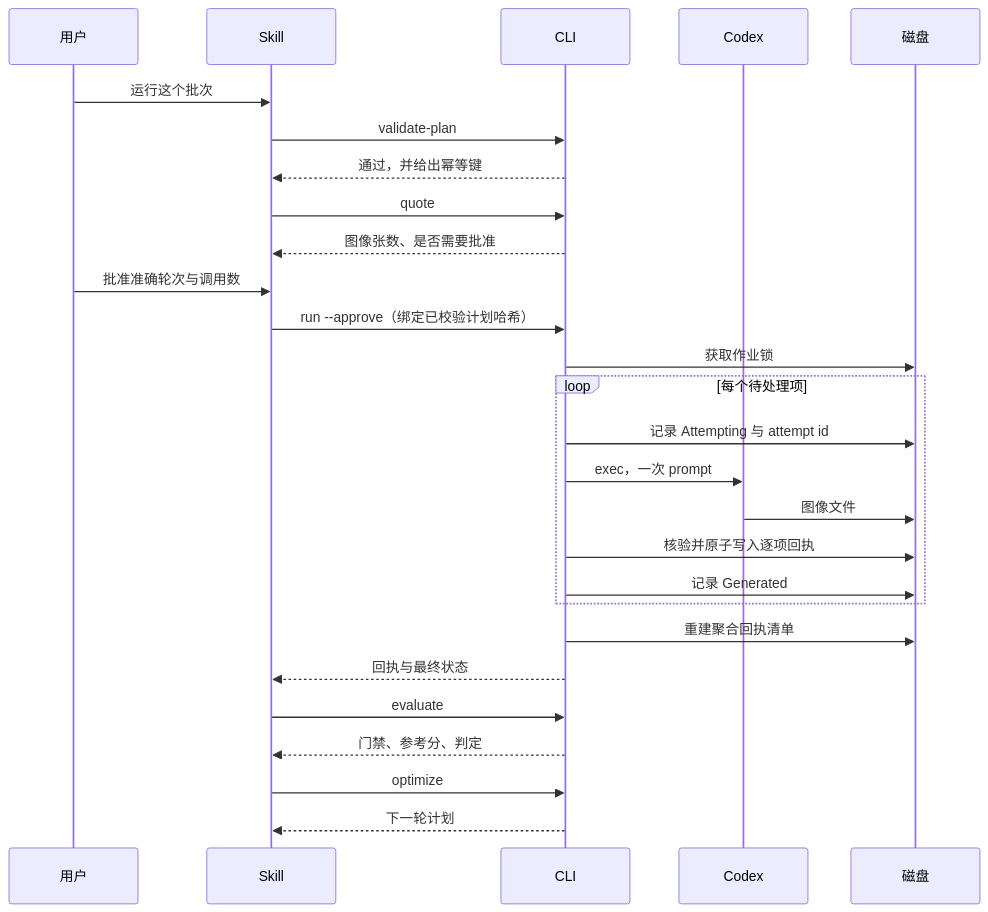
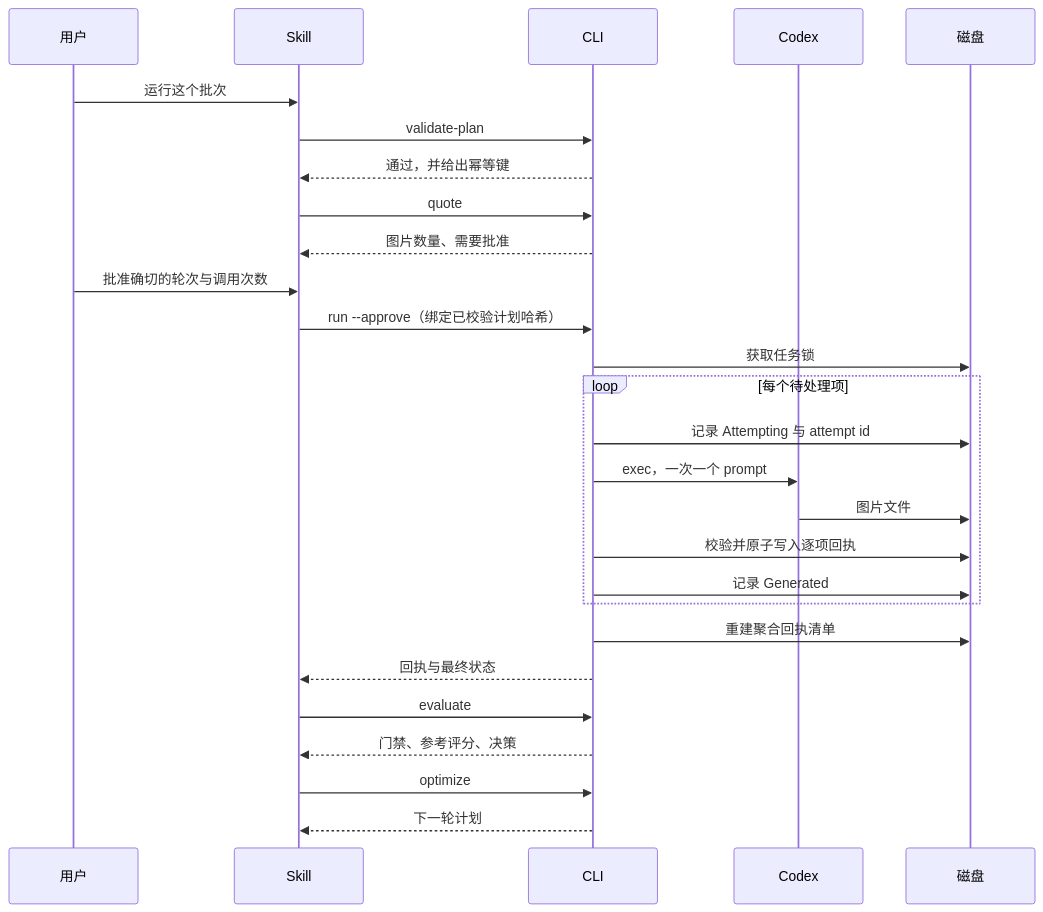
The second of 2 diagrams in docs/Codex-Image-Factory-Plugin-Architecture.zh_CN.md (full-aigc-plugins/image-factory-plugin), drawn with Mermaid before and after one commit. The commit also changed other lines of this file and 3 other files, not shown here.

First line of the commit message:
docs: restructure the architecture and solution pairs

````diff
--- a/docs/Codex-Image-Factory-Plugin-Architecture.zh_CN.md
+++ b/docs/Codex-Image-Factory-Plugin-Architecture.zh_CN.md
@@ -59,30 +104,30 @@
 ```mermaid
 sequenceDiagram
   participant U as 用户
   participant K as Skill
   participant C as CLI
   participant X as Codex
   participant D as 磁盘
 
   U->>K: 运行这个批次
   K->>C: validate-plan
   C-->>K: 通过，并给出幂等键
   K->>C: quote
-  C-->>K: 图像张数、是否需要批准
-  U->>K: 批准准确轮次与调用数
+  C-->>K: 图片数量、需要批准
+  U->>K: 批准确切的轮次与调用次数
   K->>C: run --approve（绑定已校验计划哈希）
-  C->>D: 获取作业锁
+  C->>D: 获取任务锁
   loop 每个待处理项
     C->>D: 记录 Attempting 与 attempt id
-    C->>X: exec，一次 prompt
-    X->>D: 图像文件
-    C->>D: 核验并原子写入逐项回执
+    C->>X: exec，一次一个 prompt
+    X->>D: 图片文件
+    C->>D: 校验并原子写入逐项回执
     C->>D: 记录 Generated
   end
   C->>D: 重建聚合回执清单
   C-->>K: 回执与最终状态
   K->>C: evaluate
-  C-->>K: 门禁、参考分、判定
+  C-->>K: 门禁、参考评分、决策
   K->>C: optimize
   C-->>K: 下一轮计划
 ```
````
